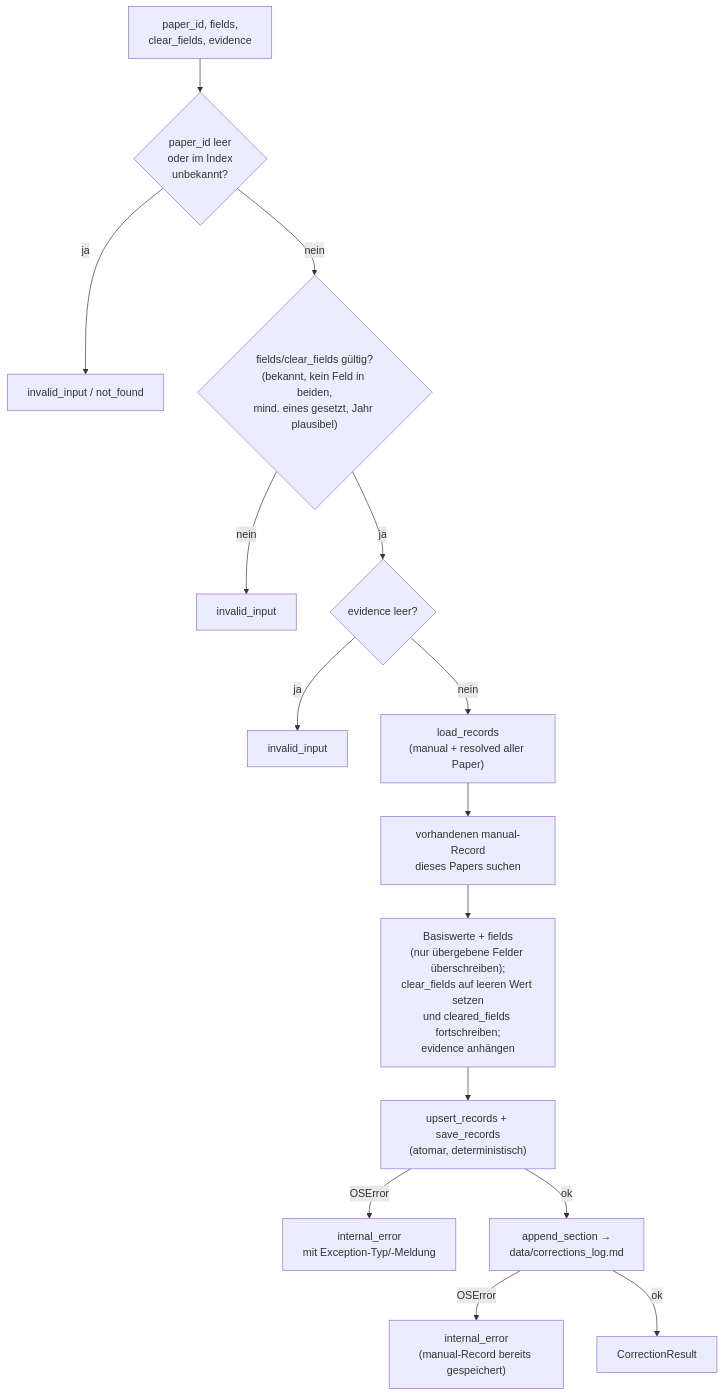
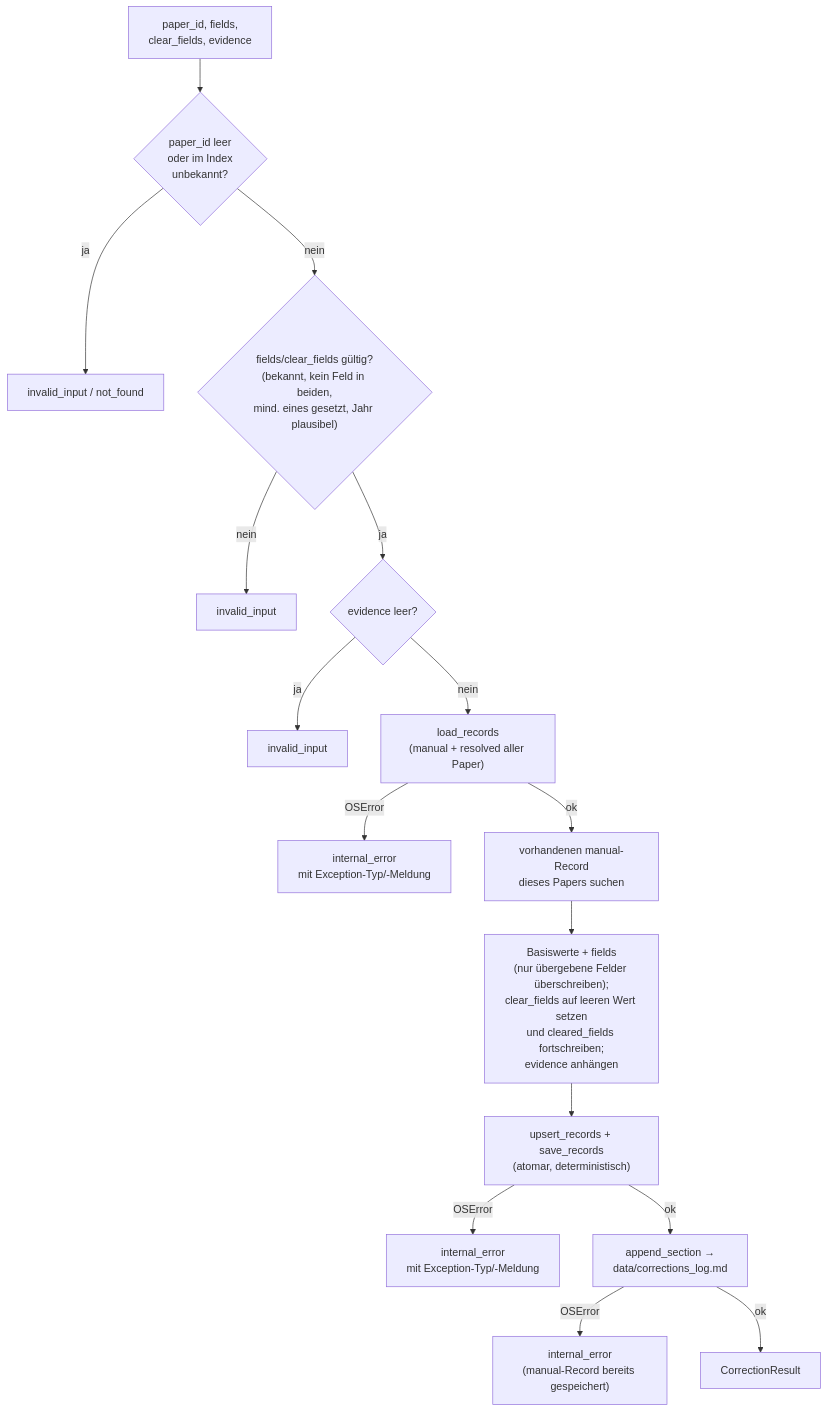
One commit to MomoEngineer/research-graphrag changed the first of 2 diagrams in src/research_graphrag/bibliography/doc/corrections.md. Above: the diagram before and after it, drawn with Mermaid. The commit also changed other lines of this file and 7 other files, not shown here.

````diff
--- a/src/research_graphrag/bibliography/doc/corrections.md
+++ b/src/research_graphrag/bibliography/doc/corrections.md
@@ -31,17 +31,18 @@
 ```mermaid
 flowchart TD
     A["paper_id, fields,<br/>clear_fields, evidence"] --> V1{"paper_id leer<br/>oder im Index<br/>unbekannt?"}
     V1 -- ja --> E1["invalid_input / not_found"]
     V1 -- nein --> V2{"fields/clear_fields gültig?<br/>(bekannt, kein Feld in beiden,<br/>mind. eines gesetzt, Jahr plausibel)"}
     V2 -- nein --> E2["invalid_input"]
     V2 -- ja --> V3{"evidence leer?"}
     V3 -- ja --> E3["invalid_input"]
     V3 -- nein --> L["load_records<br/>(manual + resolved aller Paper)"]
-    L --> M["vorhandenen manual-Record<br/>dieses Papers suchen"]
+    L -- OSError --> E4L["internal_error<br/>mit Exception-Typ/-Meldung"]
+    L -- ok --> M["vorhandenen manual-Record<br/>dieses Papers suchen"]
     M --> MERGE["Basiswerte + fields<br/>(nur übergebene Felder überschreiben);<br/>clear_fields auf leeren Wert setzen<br/>und cleared_fields fortschreiben;<br/>evidence anhängen"]
     MERGE --> S["upsert_records + save_records<br/>(atomar, deterministisch)"]
     S -- OSError --> E4["internal_error<br/>mit Exception-Typ/-Meldung"]
     S -- ok --> LOG["append_section →<br/>data/corrections_log.md"]
     LOG -- OSError --> E5["internal_error<br/>(manual-Record bereits gespeichert)"]
     LOG -- ok --> R["CorrectionResult"]
 ```
````
